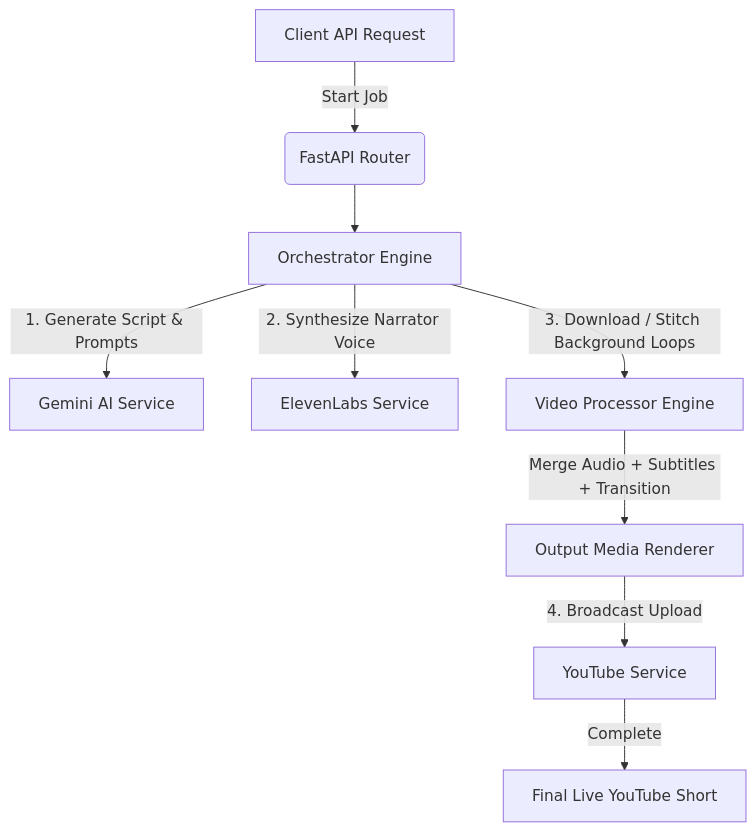
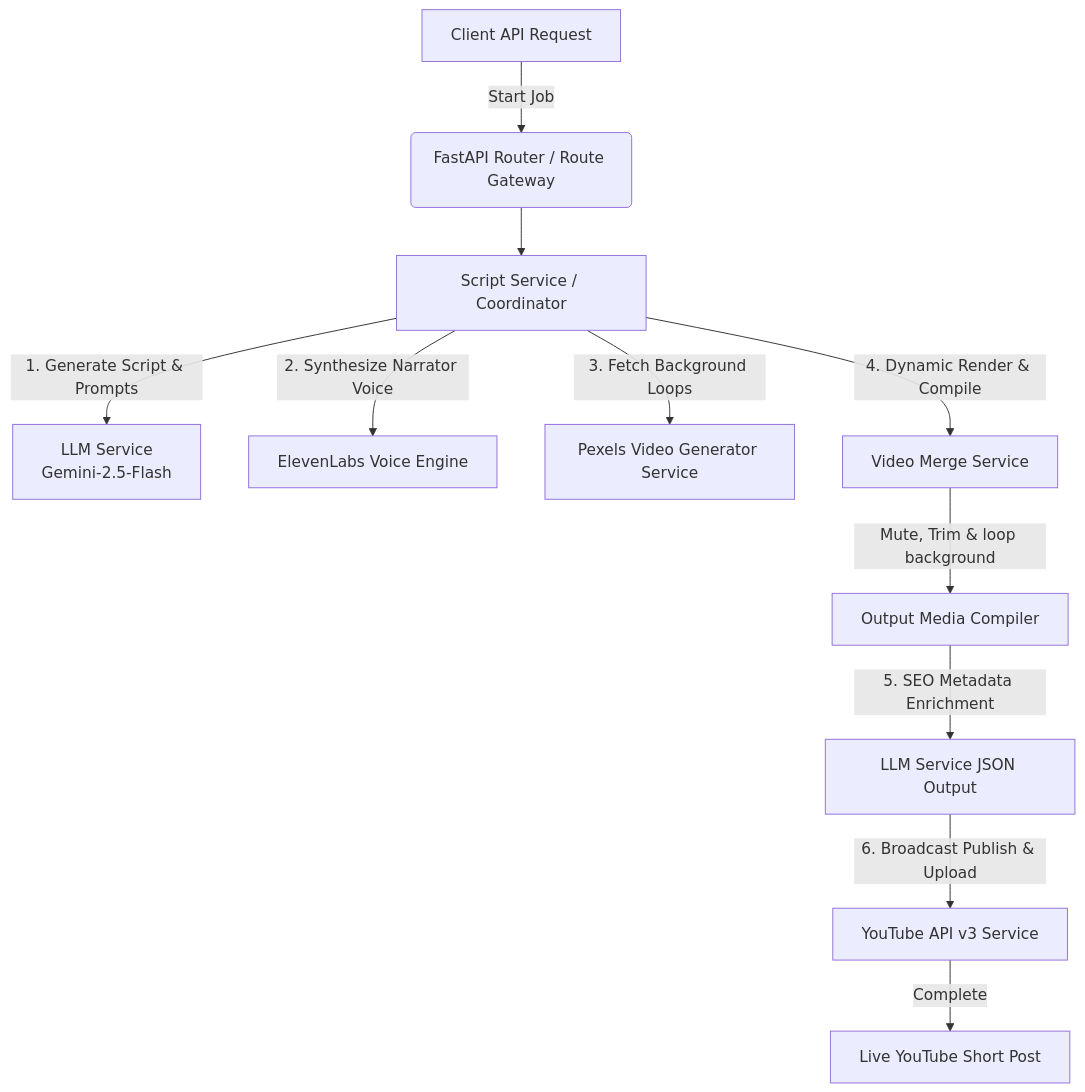
Before and after one commit to indvx/dg_shorts_ai: the diagram in README.md, drawn with Mermaid. The commit also changed other lines of this file, not shown here.

Commit message:
docs: overhaul README with architecture diagram, directory structure, and environment setup instructions

````diff
--- a/README.md
+++ b/README.md
@@ -61,11 +9,13 @@
 ```mermaid
 graph TD
-    A[Client API Request] -->|Start Job| B(FastAPI Router)
-    B --> C[Orchestrator Engine]
-    C -->|1. Generate Script & Prompts| D[Gemini AI Service]
-    C -->|2. Synthesize Narrator Voice| E[ElevenLabs Service]
-    C -->|3. Download / Stitch Background Loops| F[Video Processor Engine]
-    F -->|Merge Audio + Subtitles + Transition| G[Output Media Renderer]
-    G -->|4. Broadcast Upload| H[YouTube Service]
-    H -->|Complete| I[Final Live YouTube Short]
+    A[Client API Request] -->|Start Job| B(FastAPI Router / Route Gateway)
+    B --> C[Script Service / Coordinator]
+    C -->|1. Generate Script & Prompts| D[LLM Service <br> Gemini-2.5-Flash]
+    C -->|2. Synthesize Narrator Voice| E[ElevenLabs Voice Engine]
+    C -->|3. Fetch Background Loops| F[Pexels Video Generator Service]
+    C -->|4. Dynamic Render & Compile| G[Video Merge Service]
+    G -->|Mute, Trim & loop background| H[Output Media Compiler]
+    H -->|5. SEO Metadata Enrichment| I[LLM Service JSON Output]
+    I -->|6. Broadcast Publish & Upload| J[YouTube API v3 Service]
+    J -->|Complete| K[Live YouTube Short Post]
 ```
````
